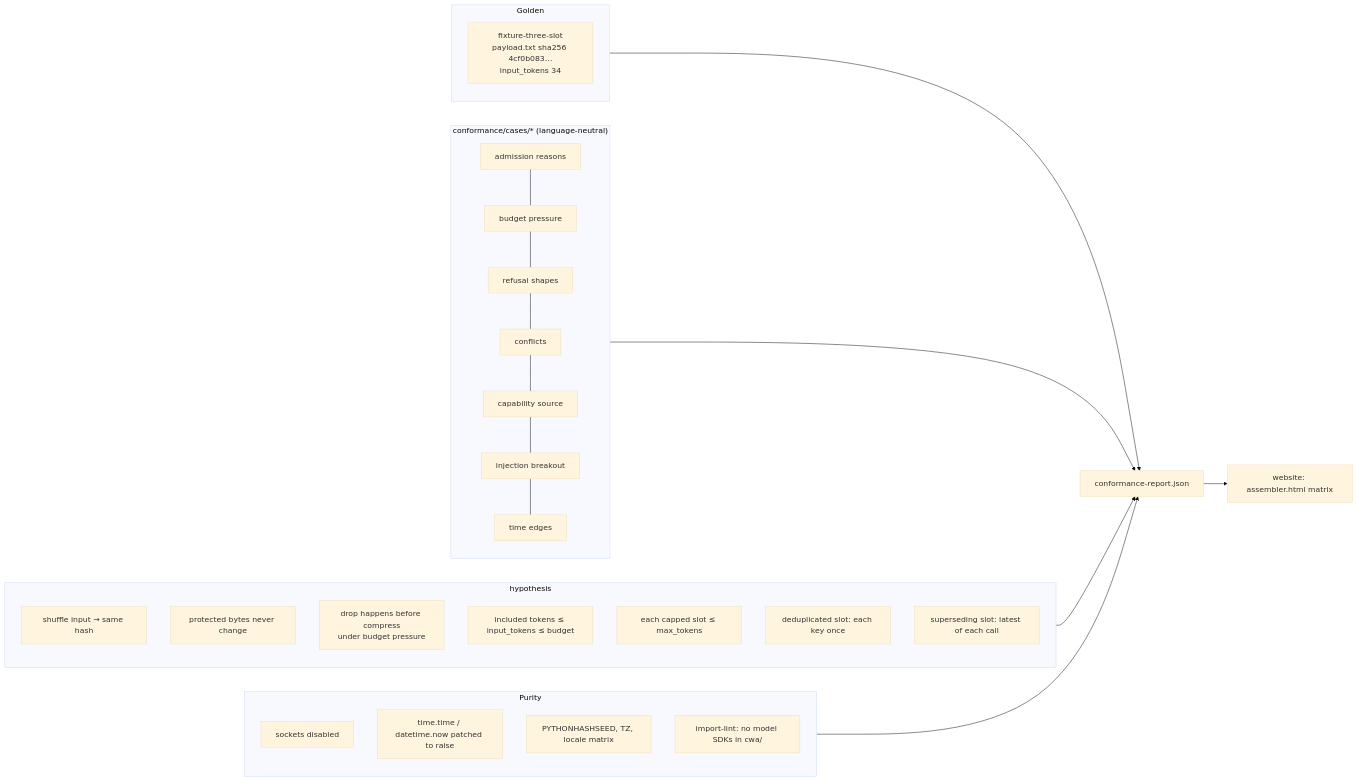
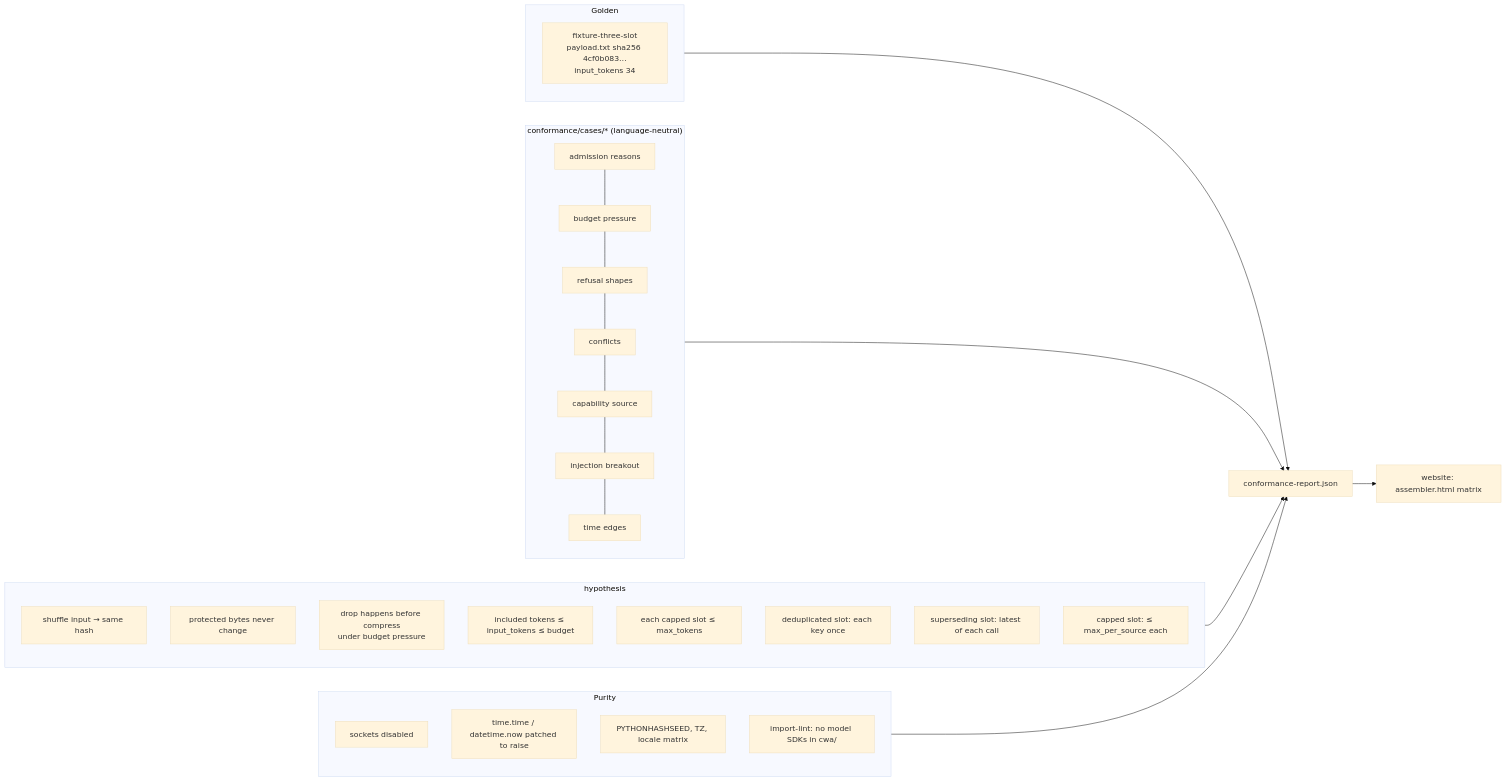
Diagram 13 of 22 in docs/DESIGN.md (contextwindowarchitecture/assembler-python), drawn with Mermaid (base theme) before and after one commit. The commit also changed other lines of this file and 10 other files, not shown here.

First line of the commit message:
feat(diversity): cap each source at the route's max_per_source

````diff
--- a/docs/DESIGN.md
+++ b/docs/DESIGN.md
@@ -542,29 +555,30 @@
 ```mermaid
 flowchart LR
   subgraph Golden
     G1["fixture-three-slot<br/>payload.txt sha256 4cf0b083…<br/>input_tokens 34"]
   end
   subgraph Conformance["conformance/cases/* (language-neutral)"]
     C1[admission reasons] --- C2[budget pressure] --- C3[refusal shapes] --- C4[conflicts] --- C5[capability source] --- C6[injection breakout] --- C7[time edges]
   end
   subgraph Property["hypothesis"]
     P1[shuffle input → same hash]
     P2[protected bytes never change]
     P3[drop happens before compress<br/>under budget pressure]
     P4[included tokens ≤ input_tokens ≤ budget]
     P5[each capped slot ≤ max_tokens]
     P6[deduplicated slot: each key once]
     P7[superseding slot: latest of each call]
+    P8[capped slot: ≤ max_per_source each]
   end
   subgraph Purity
     U1[sockets disabled]
     U2[time.time / datetime.now patched to raise]
     U3[PYTHONHASHSEED, TZ, locale matrix]
     U4[import-lint: no model SDKs in cwa/]
   end
   Golden --> R[conformance-report.json] 
   Conformance --> R
   Property --> R
   Purity --> R
   R --> W["website: assembler.html matrix"]
 ```
````
